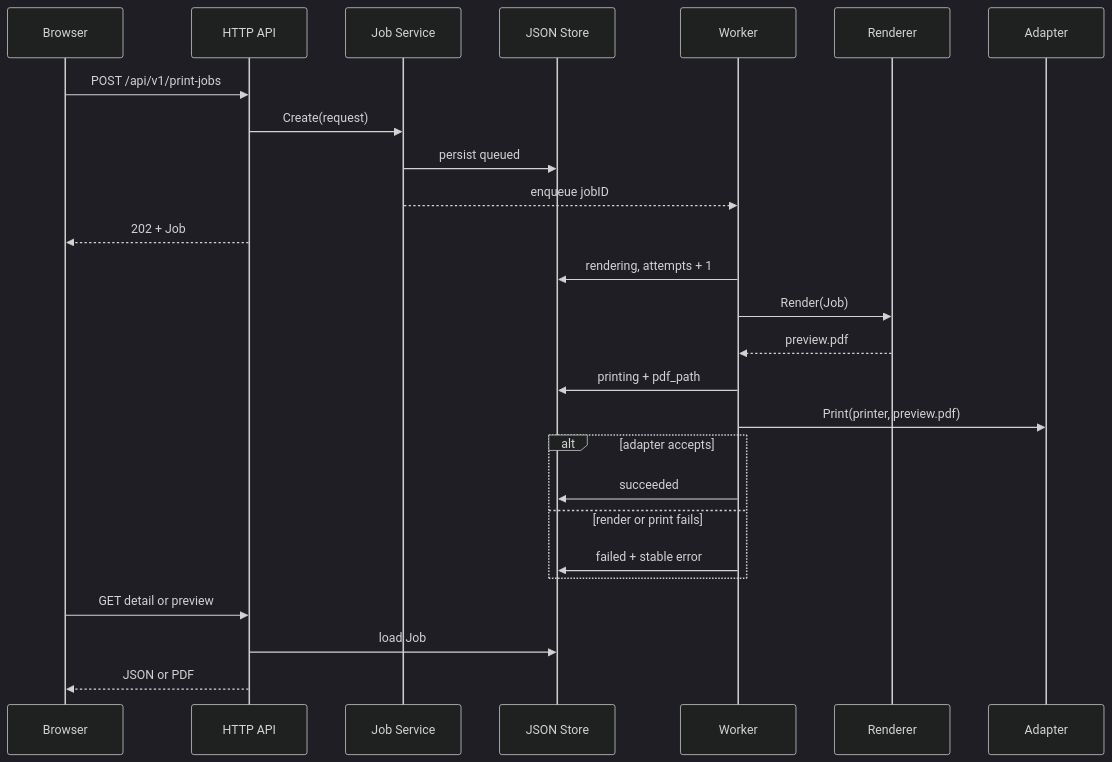
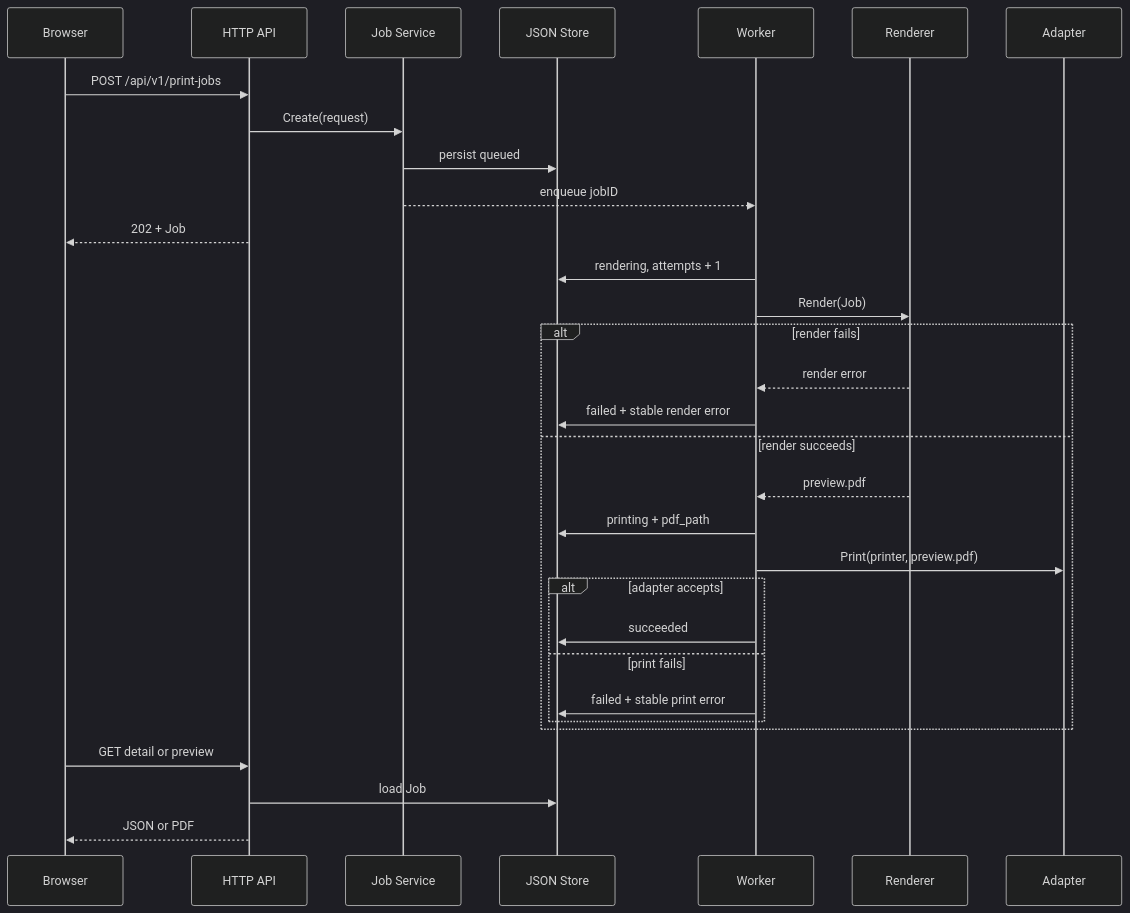
One commit to Zhengxin-Yu/local-print-agent changed the second of 3 diagrams in docs/reports/day-09-final.md. Above: the diagram before and after it, drawn with Mermaid (dark theme). The commit also changed other lines of this file and 1 other file, not shown here.

````diff
--- a/docs/reports/day-09-final.md
+++ b/docs/reports/day-09-final.md
@@ -96,28 +111,33 @@
 ```mermaid
 sequenceDiagram
     participant B as Browser
     participant A as HTTP API
     participant S as Job Service
     participant J as JSON Store
     participant W as Worker
     participant R as Renderer
     participant P as Adapter
     B->>A: POST /api/v1/print-jobs
     A->>S: Create(request)
     S->>J: persist queued
     S-->>W: enqueue jobID
     A-->>B: 202 + Job
     W->>J: rendering, attempts + 1
     W->>R: Render(Job)
-    R-->>W: preview.pdf
-    W->>J: printing + pdf_path
-    W->>P: Print(printer, preview.pdf)
-    alt adapter accepts
-        W->>J: succeeded
-    else render or print fails
-        W->>J: failed + stable error
+    alt render fails
+        R-->>W: render error
+        W->>J: failed + stable render error
+    else render succeeds
+        R-->>W: preview.pdf
+        W->>J: printing + pdf_path
+        W->>P: Print(printer, preview.pdf)
+        alt adapter accepts
+            W->>J: succeeded
+        else print fails
+            W->>J: failed + stable print error
+        end
     end
     B->>A: GET detail or preview
     A->>J: load Job
     A-->>B: JSON or PDF
 ```
````
